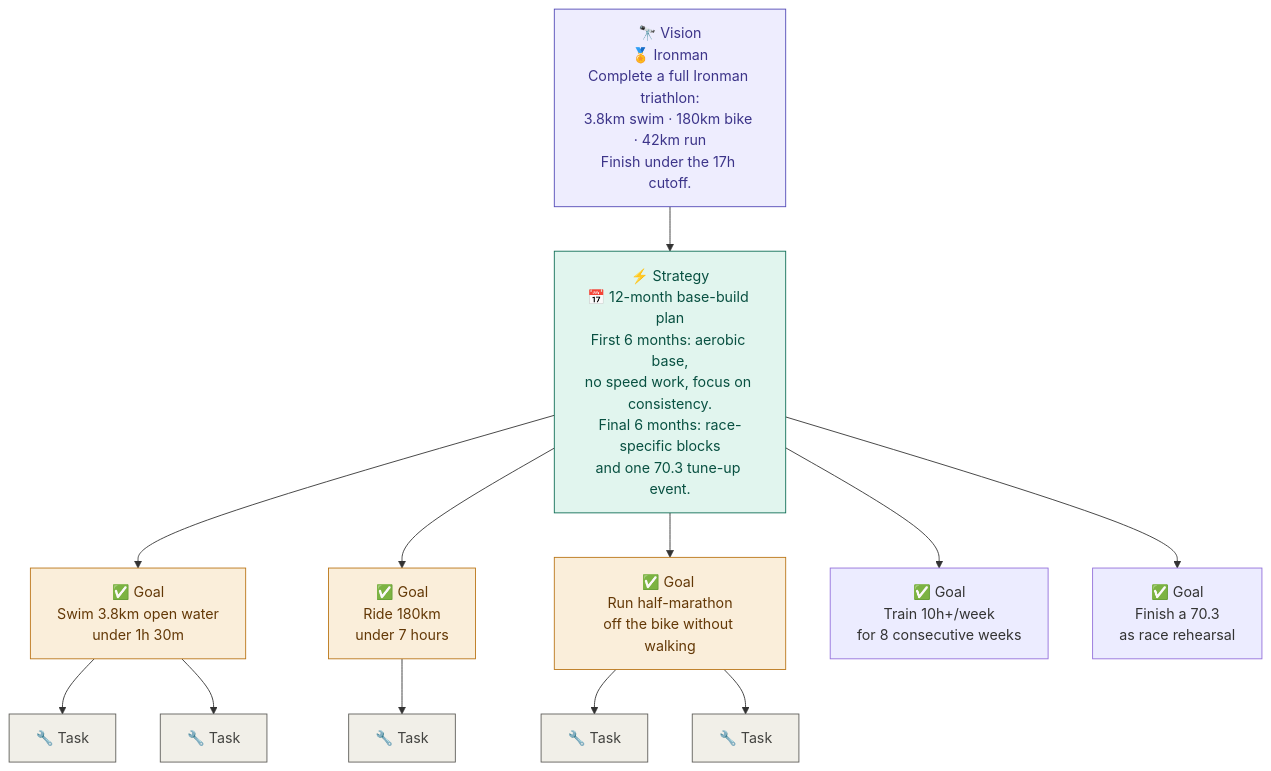
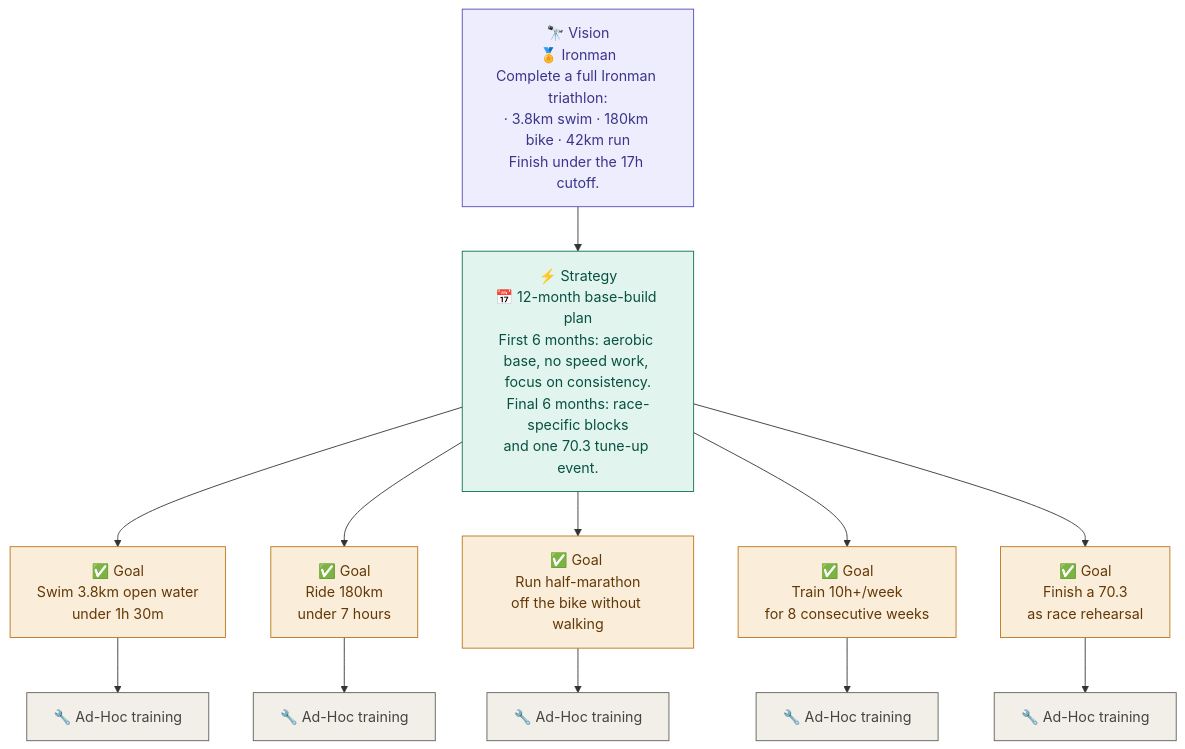
Before and after one commit to Florque/florque-workgraph: the second of 3 diagrams in README.md, drawn with Mermaid.

Commit message:
Refactor goals and tasks in README.md

````diff
--- a/README.md
+++ b/README.md
@@ -59,39 +57,41 @@
 ```mermaid
 flowchart TD
-    V["🔭 Vision\n🏅 Ironman\nComplete a full Ironman triathlon:\n3.8km swim · 180km bike · 42km run\nFinish under the 17h cutoff."]
+    V["🔭 Vision\n🏅 Ironman\nComplete a full Ironman triathlon:\n· 3.8km swim · 180km bike · 42km run\nFinish under the 17h cutoff."]
 
     V --> S
 
-    S["⚡ Strategy\n📅 12-month base-build plan\nFirst 6 months: aerobic base,\nno speed work, focus on consistency.\nFinal 6 months: race-specific blocks\nand one 70.3 tune-up event."]
+    S["⚡ Strategy\n📅 12-month base-build plan\nFirst 6 months: aerobic base, no speed work, focus on consistency.\nFinal 6 months: race-specific blocks\nand one 70.3 tune-up event."]
 
     S --> G1 & G2 & G3 & G4 & G5
 
     G1["✅ Goal \nSwim 3.8km open water\nunder 1h 30m"]
     G2["✅ Goal \nRide 180km\nunder 7 hours"]
     G3["✅ Goal \nRun half-marathon\noff the bike without walking"]
     G4["✅ Goal \nTrain 10h+/week\nfor 8 consecutive weeks"]
     G5["✅ Goal \nFinish a 70.3\nas race rehearsal"]
 
-    G1 --> T1 & T2
-    G2 --> T3
-    G3 --> T4 & T5
+    G1 --> T1
+    G2 --> T2
+    G3 --> T3
+    G4 --> T4
+    G5 --> T5
 
-    T1["🔧 Task"]
-    T2["🔧 Task"]
-    T3["🔧 Task"]
-    T4["🔧 Task"]
-    T5["🔧 Task"]
+    T1["🔧 Ad-Hoc training"]
+    T2["🔧 Ad-Hoc training"]
+    T3["🔧 Ad-Hoc training"]
+    T4["🔧 Ad-Hoc training"]
+    T5["🔧 Ad-Hoc training"]
 
     %% Styling
     classDef vision   fill:#EEEDFE,stroke:#534AB7,color:#3C3489
     classDef strategy fill:#E1F5EE,stroke:#0F6E56,color:#085041
     classDef goal     fill:#FAEEDA,stroke:#BA7517,color:#633806
     classDef task     fill:#F1EFE8,stroke:#5F5E5A,color:#444441
     classDef note     fill:#ffffff,stroke:#D3D1C7,color:#5F5E5A,font-size:12px
 
     class V vision
     class S strategy
-    class G1,G2,G3 goal
+    class G1,G2,G3,G4,G5 goal
     class T1,T2,T3,T4,T5 task
     class VNOTE,SNOTE,GNOTE,TNOTE note
 ```
````
